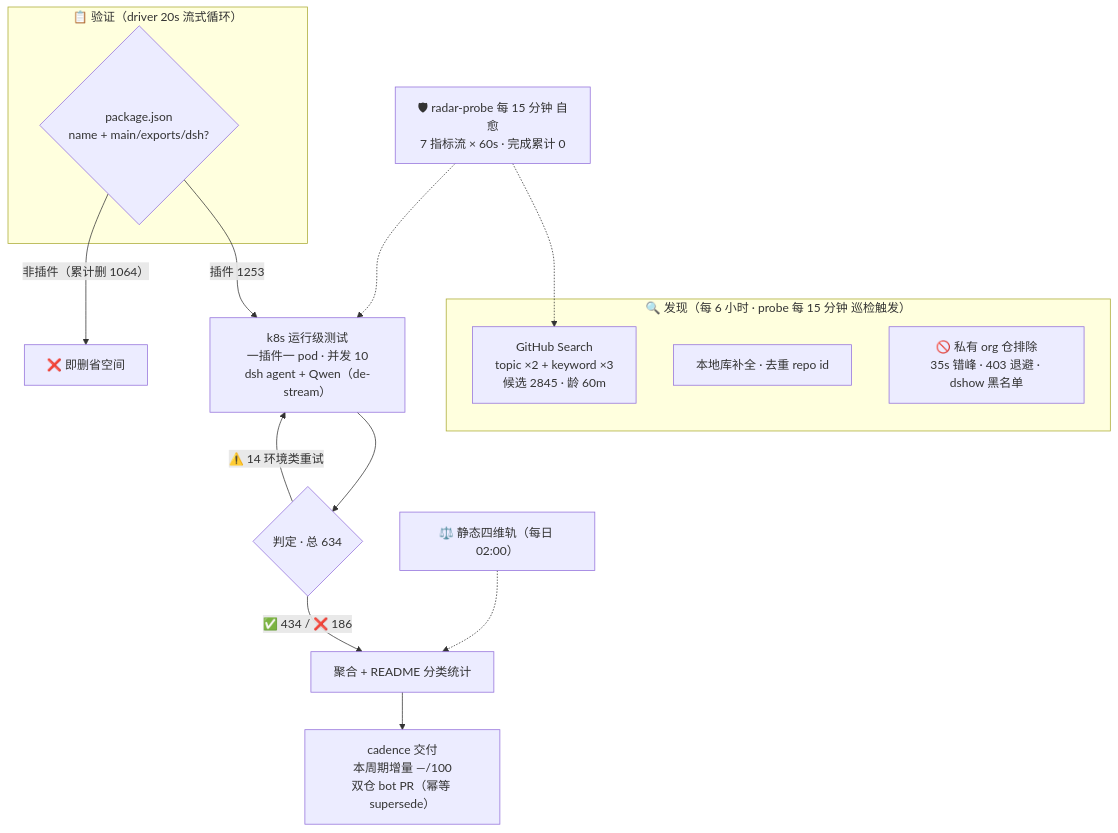
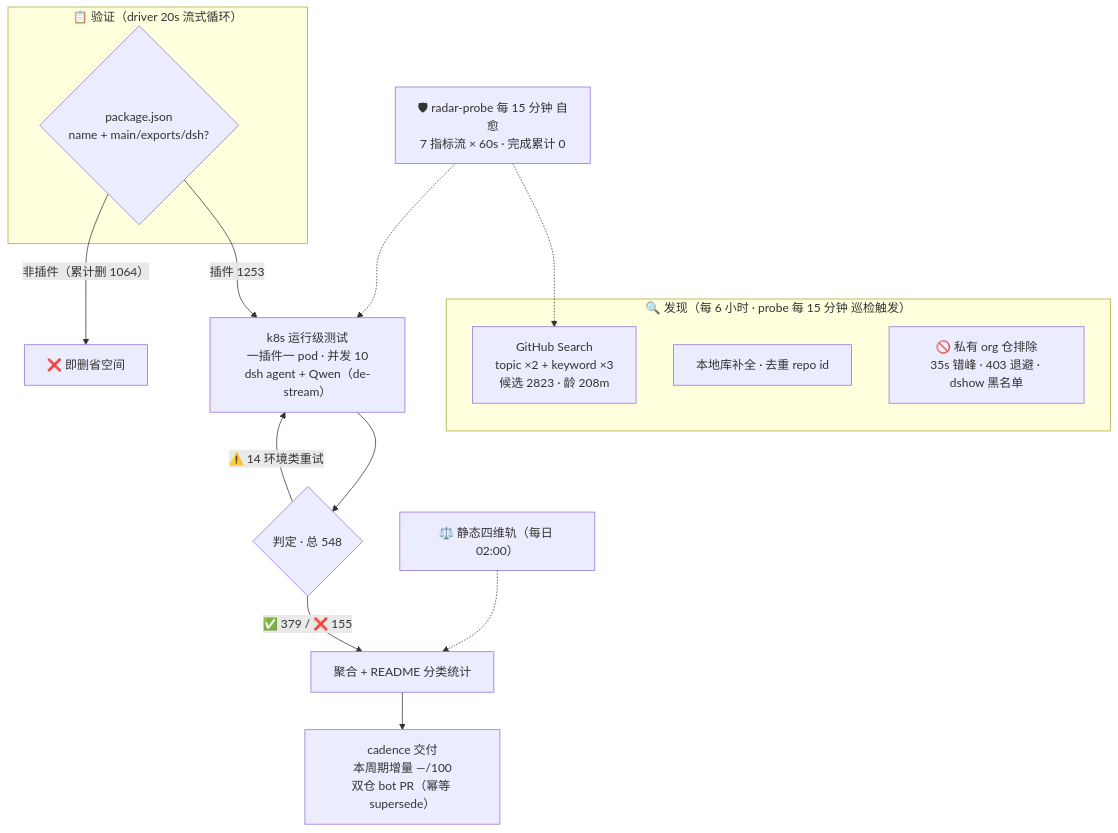
One commit to Zhidao-Lab-OSS/awesome-dsh-plugins changed the diagram in README.md. Above: the diagram before and after it, drawn with Mermaid. The commit also changed other lines of this file and 8 other files, not shown here.

````diff
--- a/README.md
+++ b/README.md
@@ -32,20 +32,20 @@
 ```mermaid
 flowchart TB
     subgraph Discovery["🔍 发现（每 6 小时 · probe 每 15 分钟 巡检触发）"]
-        A1["GitHub Search<br/>topic ×2 + keyword ×3<br/>候选 2845 · 龄 60m"]
+        A1["GitHub Search<br/>topic ×2 + keyword ×3<br/>候选 2823 · 龄 208m"]
         A2["本地库补全 · 去重 repo id"]
         A3["🚫 私有 org 仓排除<br/>35s 错峰 · 403 退避 · dshow 黑名单"]
     end
     subgraph Validation["📋 验证（driver 20s 流式循环）"]
         B1{"package.json<br/>name + main/exports/dsh?"}
     end
     B1 -->|"插件 1253"| C1["k8s 运行级测试<br/>一插件一 pod · 并发 10<br/>dsh agent + Qwen（de-stream）"]
     B1 -->|"非插件（累计删 1064）"| B3["❌ 即删省空间"]
-    C1 --> D1{"判定 · 总 634"}
-    D1 -->|"✅ 434 / ❌ 186"| E1["聚合 + README 分类统计"]
+    C1 --> D1{"判定 · 总 548"}
+    D1 -->|"✅ 379 / ❌ 155"| E1["聚合 + README 分类统计"]
     D1 -->|"⚠️ 14 环境类重试"| C1
     E1 --> E2["cadence 交付<br/>本周期增量 —/100<br/>双仓 bot PR（幂等 supersede）"]
     S["⚖️ 静态四维轨（每日 02:00）"] -.-> E1
     M["🛡 radar-probe 每 15 分钟 自愈<br/>7 指标流 × 60s · 完成累计 0"] -.-> A1
     M -.-> C1
 ```
````
